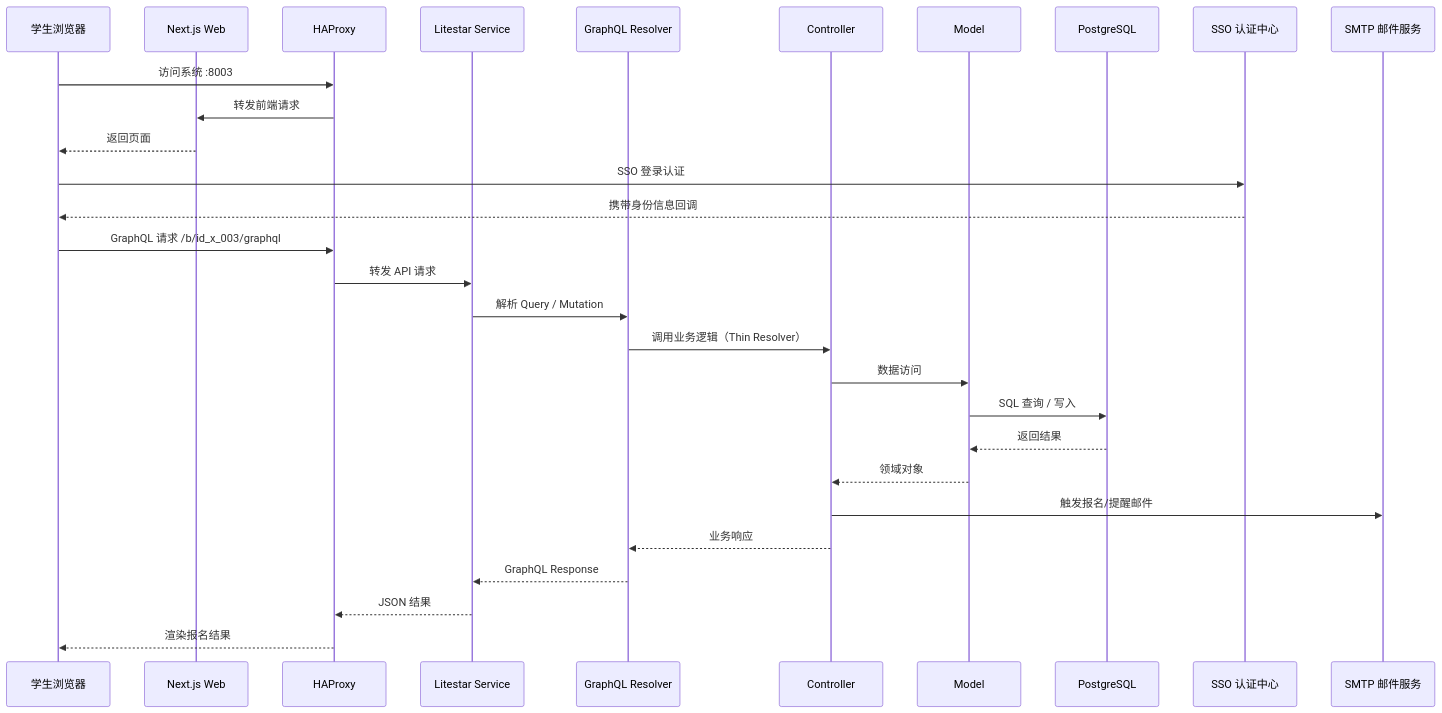
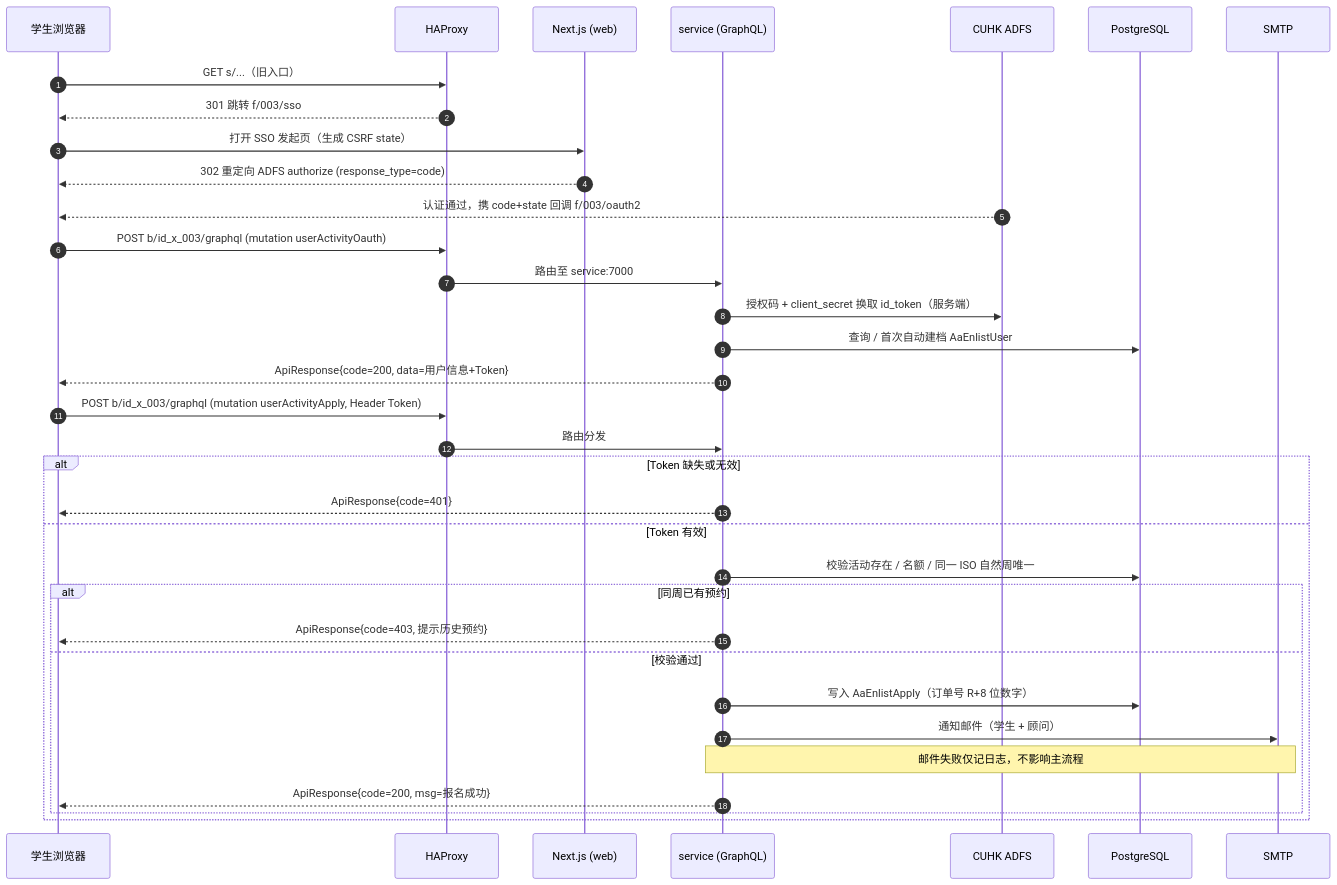
One commit to i-TorchLabs/id_x_003 changed the second of 2 diagrams in README.md. Above: the diagram before and after it, drawn with Mermaid. The commit also changed other lines of this file, not shown here.

````diff
--- a/README.md
+++ b/README.md
@@ -103,32 +122,38 @@
 ```mermaid
 sequenceDiagram
-    participant S as 学生浏览器
-    participant W as Next.js Web
+    autonumber
+    participant B as 学生浏览器
     participant H as HAProxy
-    participant L as Litestar Service
-    participant G as GraphQL Resolver
-    participant C as Controller
-    participant M as Model
-    participant DB as PostgreSQL
-    participant SSO as SSO 认证中心
-    participant Mail as SMTP 邮件服务
+    participant W as Next.js (web)
+    participant S as service (GraphQL)
+    participant A as CUHK ADFS
+    participant D as PostgreSQL
+    participant M as SMTP
 
-    S->>H: 访问系统 :8003
-    H->>W: 转发前端请求
-    W-->>S: 返回页面
-    S->>SSO: SSO 登录认证
-    SSO-->>S: 携带身份信息回调
-    S->>H: GraphQL 请求 /b/id_x_003/graphql
-    H->>L: 转发 API 请求
-    L->>G: 解析 Query / Mutation
-    G->>C: 调用业务逻辑（Thin Resolver）
-    C->>M: 数据访问
-    M->>DB: SQL 查询 / 写入
-    DB-->>M: 返回结果
-    M-->>C: 领域对象
-    C->>Mail: 触发报名/提醒邮件
-    C-->>G: 业务响应
-    G-->>L: GraphQL Response
-    L-->>H: JSON 结果
-    H-->>S: 渲染报名结果
+    B->>H: GET s/...（旧入口）
+    H-->>B: 301 跳转 f/003/sso
+    B->>W: 打开 SSO 发起页（生成 CSRF state）
+    W-->>B: 302 重定向 ADFS authorize (response_type=code)
+    A-->>B: 认证通过，携 code+state 回调 f/003/oauth2
+    B->>H: POST b/id_x_003/graphql (mutation userActivityOauth)
+    H->>S: 路由至 service:7000
+    S->>A: 授权码 + client_secret 换取 id_token（服务端）
+    S->>D: 查询 / 首次自动建档 AaEnlistUser
+    S-->>B: ApiResponse{code=200, data=用户信息+Token}
+
+    B->>H: POST b/id_x_003/graphql (mutation userActivityApply, Header Token)
+    H->>S: 路由分发
+    alt Token 缺失或无效
+        S-->>B: ApiResponse{code=401}
+    else Token 有效
+        S->>D: 校验活动存在 / 名额 / 同一 ISO 自然周唯一
+        alt 同周已有预约
+            S-->>B: ApiResponse{code=403, 提示历史预约}
+        else 校验通过
+            S->>D: 写入 AaEnlistApply（订单号 R+8 位数字）
+            S->>M: 通知邮件（学生 + 顾问）
+            Note over S,M: 邮件失败仅记日志，不影响主流程
+            S-->>B: ApiResponse{code=200, msg=报名成功}
+        end
+    end
 ```
````
